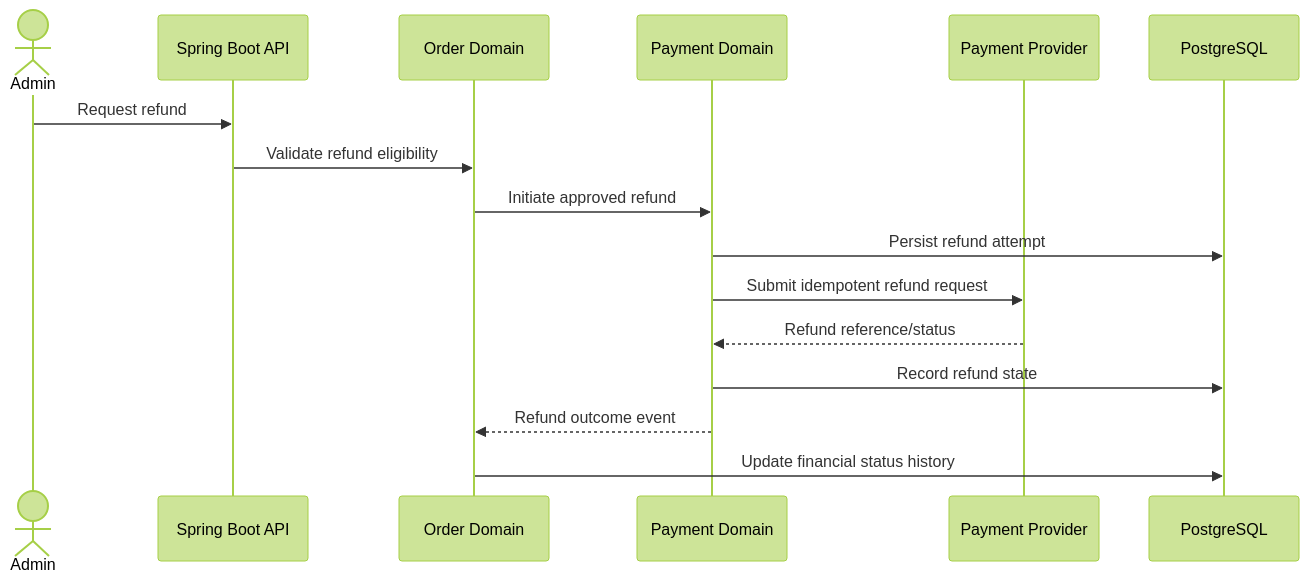
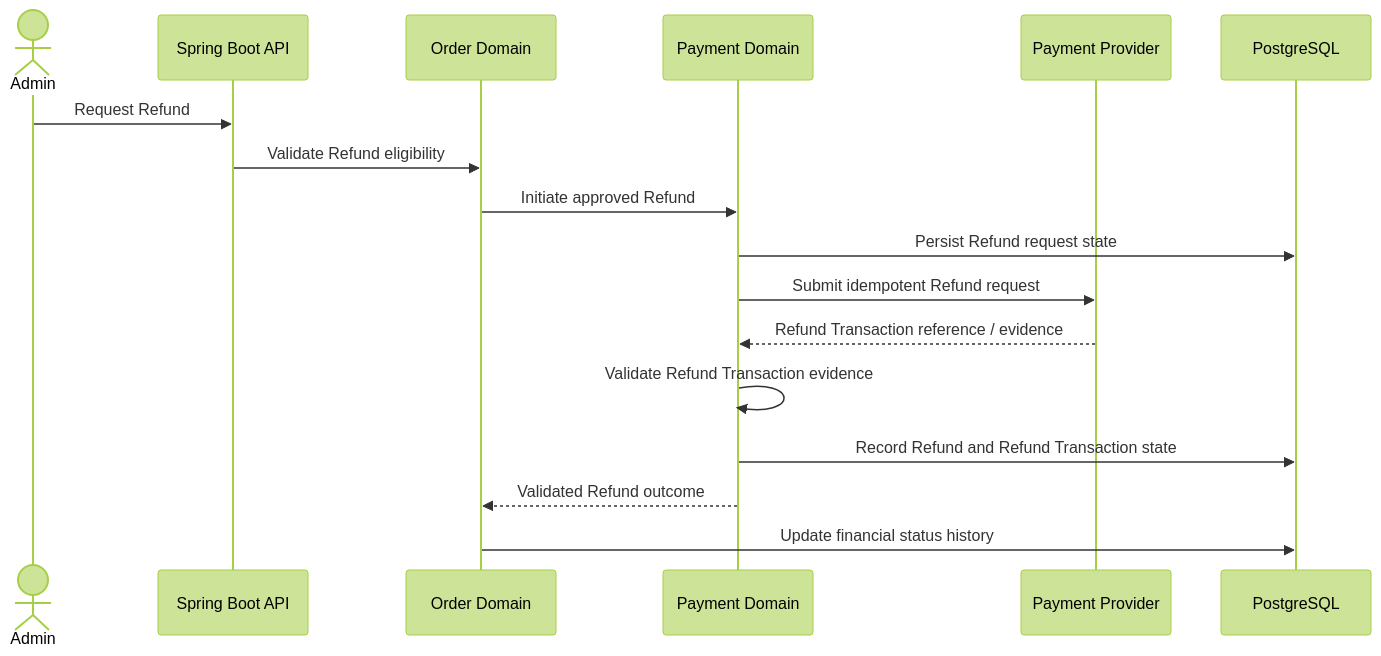
The fifth of 6 diagrams in enterprise-fashion-ecommerce/.ai/core/ARCHITECTURE.md (awesomehesman/eCom-Online-Store), drawn with Mermaid (forest theme) before and after one commit. The commit also changed other lines of this file, not shown here.

Commit message:
docs(ai): align architecture after core audit

````diff
--- a/enterprise-fashion-ecommerce/.ai/core/ARCHITECTURE.md
+++ b/enterprise-fashion-ecommerce/.ai/core/ARCHITECTURE.md
@@ -893,19 +895,20 @@
 ```mermaid
 sequenceDiagram
     actor Admin
     participant API as Spring Boot API
     participant Order as Order Domain
     participant Payment as Payment Domain
     participant Provider as Payment Provider
     participant DB as PostgreSQL
 
-    Admin->>API: Request refund
-    API->>Order: Validate refund eligibility
-    Order->>Payment: Initiate approved refund
-    Payment->>DB: Persist refund attempt
-    Payment->>Provider: Submit idempotent refund request
-    Provider-->>Payment: Refund reference/status
-    Payment->>DB: Record refund state
-    Payment-->>Order: Refund outcome event
+    Admin->>API: Request Refund
+    API->>Order: Validate Refund eligibility
+    Order->>Payment: Initiate approved Refund
+    Payment->>DB: Persist Refund request state
+    Payment->>Provider: Submit idempotent Refund request
+    Provider-->>Payment: Refund Transaction reference / evidence
+    Payment->>Payment: Validate Refund Transaction evidence
+    Payment->>DB: Record Refund and Refund Transaction state
+    Payment-->>Order: Validated Refund outcome
     Order->>DB: Update financial status history
 ```
````
